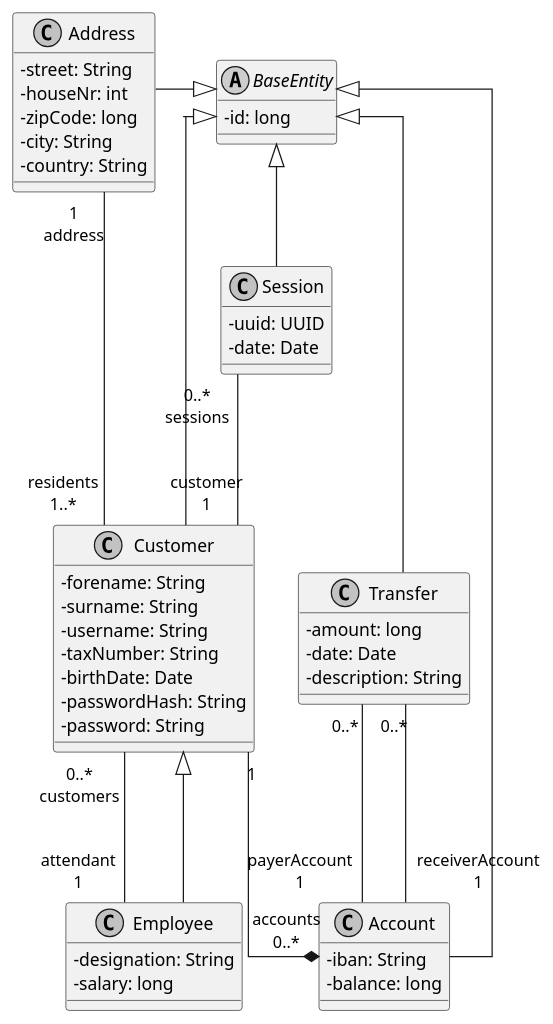
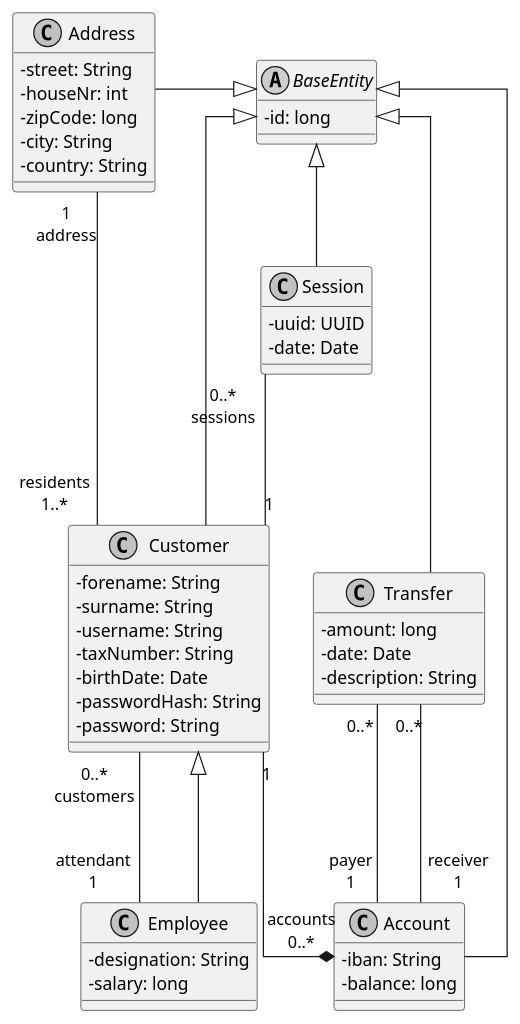
One commit to SteffBauer/sw_project changed the diagram in documentation/diagrams/DiagramClass_BankingService.puml. Above: the diagram before and after it, drawn with PlantUML. The commit also changed 3 other files, not shown here.

Commit message:
refactored diagrams

```diff
--- a/documentation/diagrams/DiagramClass_BankingService.puml
+++ b/documentation/diagrams/DiagramClass_BankingService.puml
@@ -1,76 +1,76 @@
 @startuml
 skinparam classAttributeIconSize 0
 skinparam linetype ortho
 skinparam monochrome true
 
 ' Declare Classes
 abstract class BaseEntity{
    - id: long
    '- getId(): long
    '+ equals(object: Object): boolean
    '+ hashCode(): int
 }
 
 class Account{
   - iban: String
   - balance: long
 }
 
 class Address{
   - street: String
   - houseNr: int
   - zipCode: long
   - city: String
   - country: String
   '+ getResidents(): List<Customer>
   '+ addResident(customer: Customer): void
 }
 
 class Customer{
   - forename: String
   - surname: String
   - username: String
   - taxNumber: String
   - birthDate: Date
   - passwordHash: String
   - password: String
 }
 
 class Employee{
    - designation: String
    - salary: long
 }
 
 class Session{
   - uuid: UUID
   - date: Date
 }
 
 class Transfer{
   - amount: long
   - date: Date
   - description: String
 }
 
 BaseEntity <|-- Account
 BaseEntity <|-left- Address
 BaseEntity <|-- Customer
 BaseEntity <|-- Session
 BaseEntity <|-- Transfer
 
 ' Declare relationship of classes
-Session "0..*\nsessions" --- "customer\n1" Customer
+Session "0..*\nsessions" --- "1" Customer
 Customer "1" ---* "accounts\n0..*" Account
 Address "1\naddress" --- "residents\n1..*" Customer
-Transfer "0..*" --- "payerAccount\n1" Account
-Transfer "0..*" --- "receiverAccount\n1" Account
+Transfer "0..*" --- "payer\n1" Account
+Transfer "0..*" --- "receiver\n1" Account
 Customer "0..*\ncustomers" --- "attendant\n1" Employee
 
 
 Customer <|-- Employee
 
-'BaseEntity -[hidden]> Transfer
-'Transfer -[hidden]-> Address
+Address -[hidden]-> Customer
+'Session -[hidden]> Transfer
 'Transfer -[hidden]> Account
 
 @enduml
```
